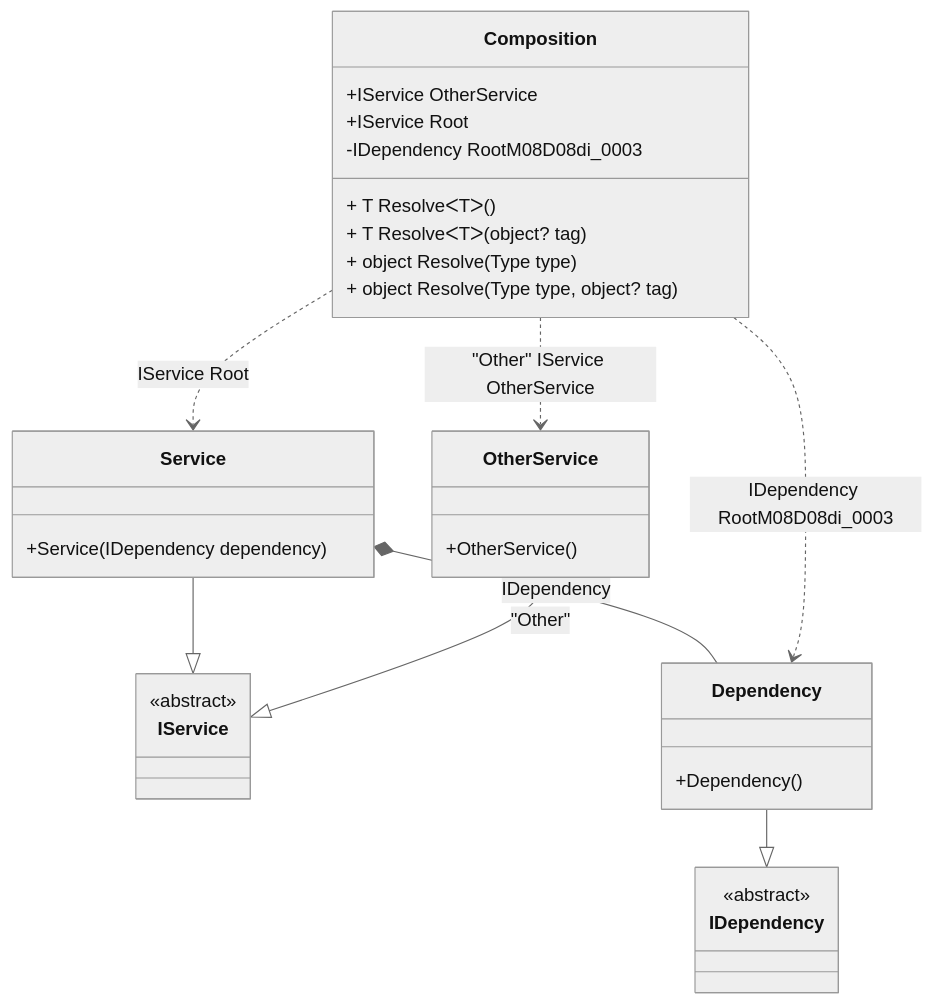
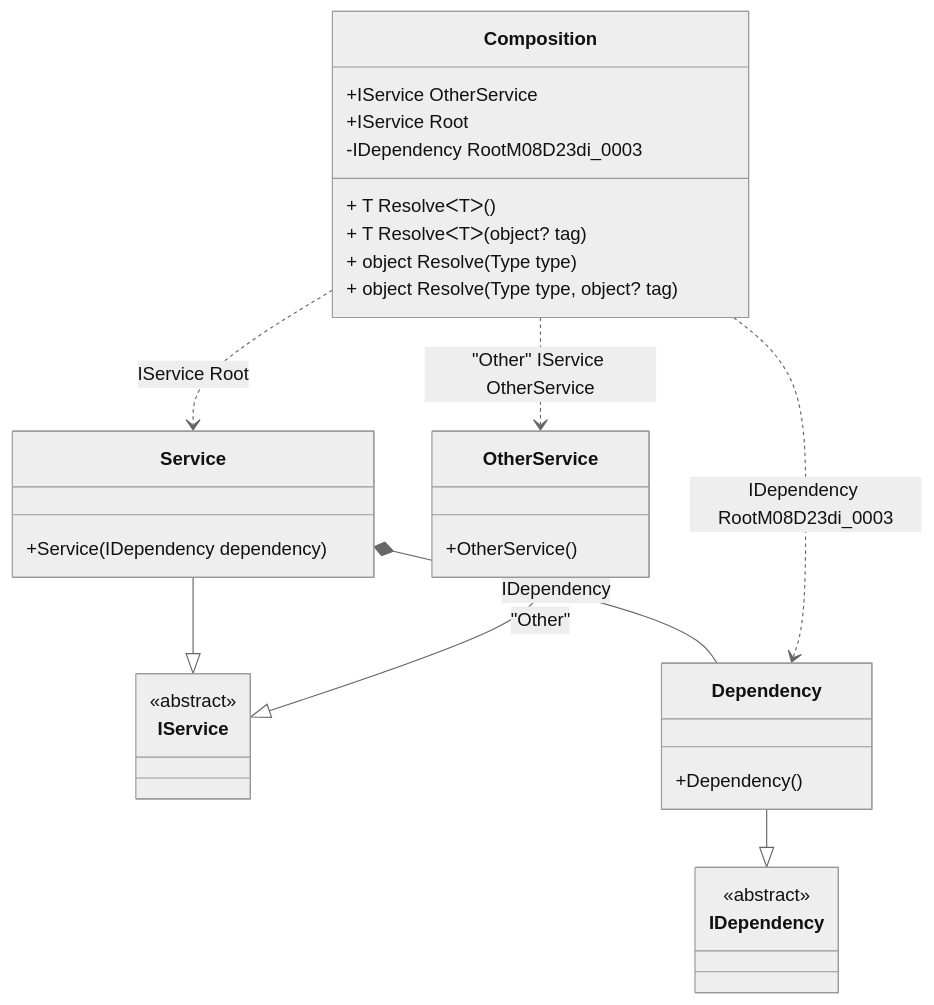
Before and after one commit to DevTeam/Pure.DI: the diagram in readme/composition-roots.md, drawn with Mermaid (neutral theme). The commit also changed other lines of this file and 63 other files, not shown here.

````diff
--- a/readme/composition-roots.md
+++ b/readme/composition-roots.md
@@ -45,34 +45,34 @@
 ```mermaid
 classDiagram
   class Composition {
     +IService OtherService
     +IService Root
-    -IDependency RootM08D08di_0003
+    -IDependency RootM08D23di_0003
     + T ResolveᐸTᐳ()
     + T ResolveᐸTᐳ(object? tag)
     + object Resolve(Type type)
     + object Resolve(Type type, object? tag)
   }
   Service --|> IService : 
   class Service {
     +Service(IDependency dependency)
   }
   OtherService --|> IService : "Other" 
   class OtherService {
     +OtherService()
   }
   Dependency --|> IDependency : 
   class Dependency {
     +Dependency()
   }
   class IService {
     <<abstract>>
   }
   class IDependency {
     <<abstract>>
   }
   Service *--  Dependency : IDependency
   Composition ..> Service : IService Root
   Composition ..> OtherService : "Other" IService OtherService
-  Composition ..> Dependency : IDependency RootM08D08di_0003
+  Composition ..> Dependency : IDependency RootM08D23di_0003
 ```
````
